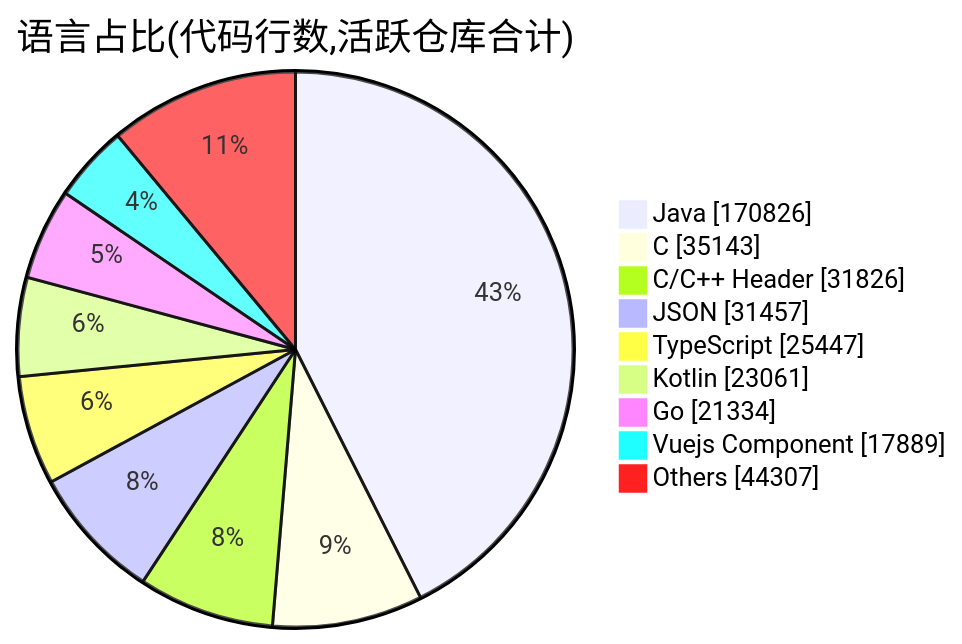
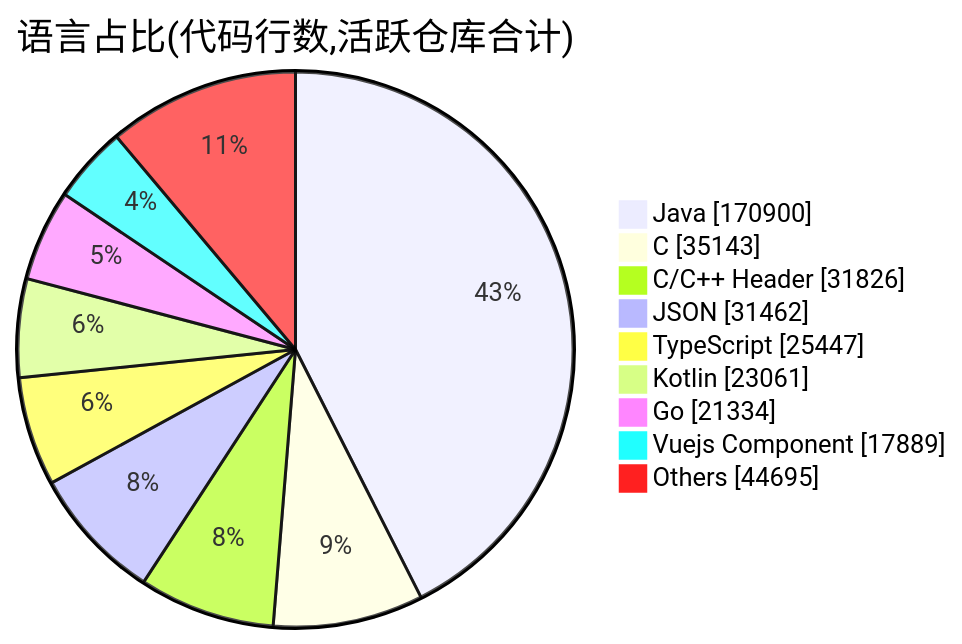
Before and after one commit to Conflux-Union/.github: the second of 2 diagrams in profile/README.md, drawn with Mermaid. The commit also changed other lines of this file and 1 other file, not shown here.

````diff
--- a/profile/README.md
+++ b/profile/README.md
@@ -84,13 +83,13 @@
 ```mermaid
 pie showData
     title 语言占比(代码行数,活跃仓库合计)
-    "Java" : 170826
+    "Java" : 170900
     "C" : 35143
     "C/C++ Header" : 31826
-    "JSON" : 31457
+    "JSON" : 31462
     "TypeScript" : 25447
     "Kotlin" : 23061
     "Go" : 21334
     "Vuejs Component" : 17889
-    "Others" : 44307
+    "Others" : 44695
 ```
````
